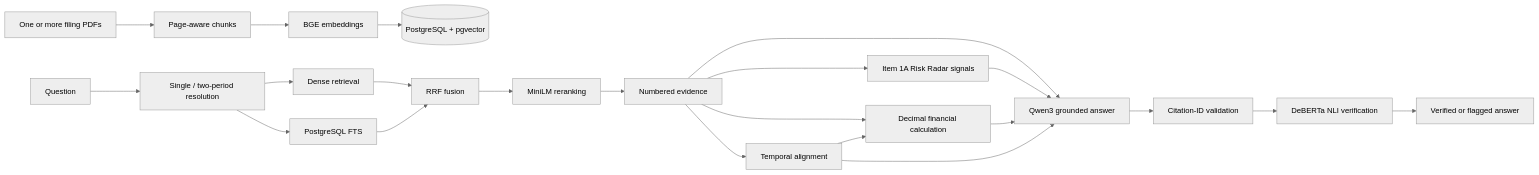
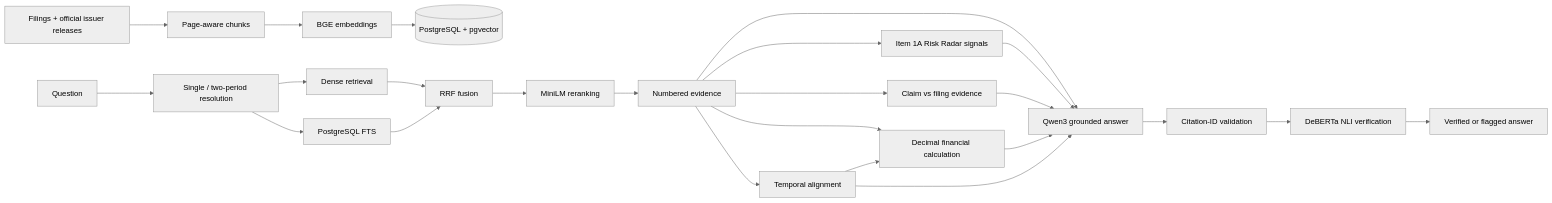
Before and after one commit to jxcksg17/ai-due-diligence-copilot: the diagram in README.md, drawn with Mermaid (neutral theme). The commit also changed other lines of this file and 9 other files, not shown here.

Commit message:
Complete M10 management claim evidence checking

````diff
--- a/README.md
+++ b/README.md
@@ -19,26 +17,28 @@
 ```mermaid
 flowchart LR
-    PDF[One or more filing PDFs] --> Parse[Page-aware chunks]
+    PDF[Filings + official issuer releases] --> Parse[Page-aware chunks]
     Parse --> Embed[BGE embeddings]
     Embed --> DB[(PostgreSQL + pgvector)]
 
     Q[Question] --> Meta[Single / two-period resolution]
     Meta --> Dense[Dense retrieval]
     Meta --> FTS[PostgreSQL FTS]
     Dense --> RRF[RRF fusion]
     FTS --> RRF
     RRF --> Rank[MiniLM reranking]
     Rank --> Evidence[Numbered evidence]
     Evidence --> Radar[Item 1A Risk Radar signals]
+    Evidence --> Claims[Claim vs filing evidence]
     Evidence --> Qwen[Qwen3 grounded answer]
     Radar --> Qwen
+    Claims --> Qwen
     Qwen --> IDs[Citation-ID validation]
     IDs --> NLI[DeBERTa NLI verification]
     NLI --> Answer[Verified or flagged answer]
 
     Evidence --> Calc[Decimal financial calculation]
     Calc --> Qwen
     Evidence --> Align[Temporal alignment]
     Align --> Calc
     Align --> Qwen
 ```
````
